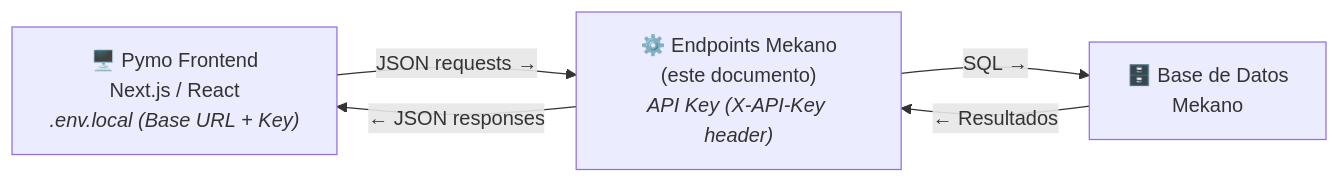
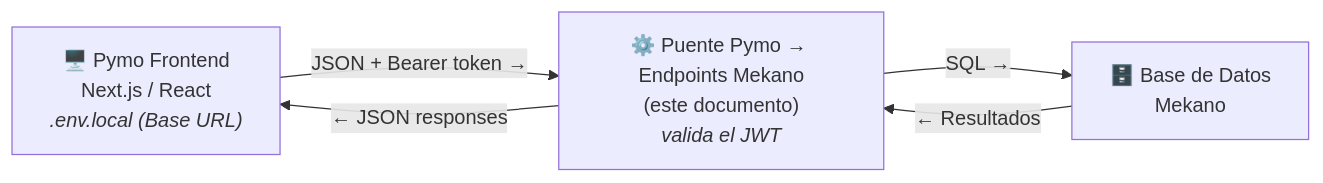
Before and after one commit to hotheos/pymo-fv: the first of 14 diagrams in docs/ENDPOINTS_FUERZA_VENTAS.md, drawn with Mermaid. The commit also changed other lines of this file and 23 other files, not shown here.

````diff
--- a/docs/ENDPOINTS_FUERZA_VENTAS.md
+++ b/docs/ENDPOINTS_FUERZA_VENTAS.md
@@ -13,7 +13,7 @@
 ```mermaid
 flowchart LR
-    A["🖥️ Pymo Frontend<br/>Next.js / React<br/><i>.env.local (Base URL + Key)</i>"] -- "JSON requests →" --> B["⚙️ Endpoints Mekano<br/>(este documento)<br/><i>API Key (X-API-Key header)</i>"]
+    A["🖥️ Pymo Frontend<br/>Next.js / React<br/><i>.env.local (Base URL)</i>"] -- "JSON + Bearer token →" --> B["⚙️ Puente Pymo → Endpoints Mekano<br/>(este documento)<br/><i>valida el JWT</i>"]
     B -- "← JSON responses" --> A
     B -- "SQL →" --> C["🗄️ Base de Datos<br/>Mekano"]
     C -- "← Resultados" --> B
 ```
````
